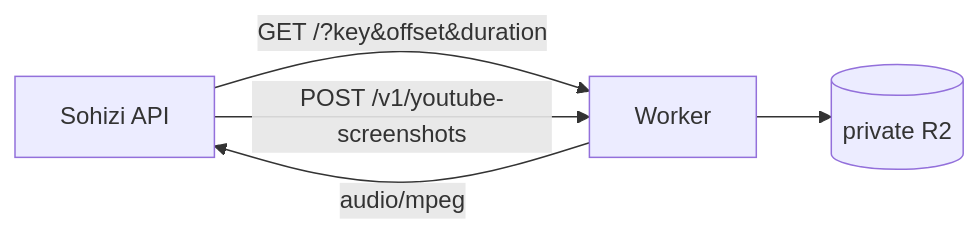
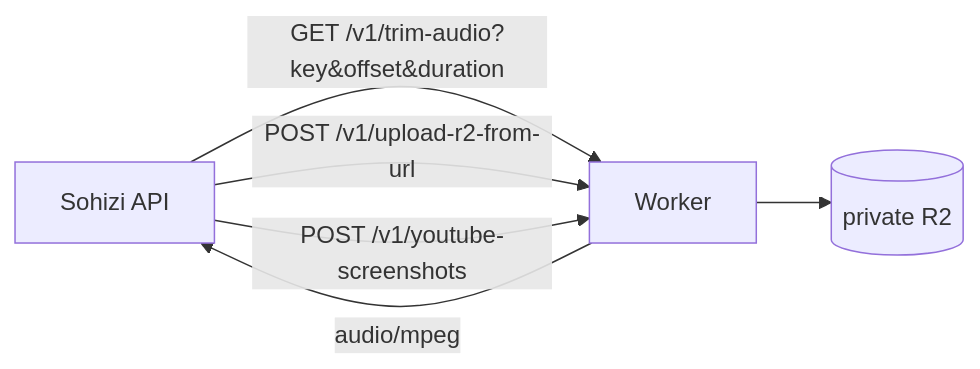
Before and after one commit to sohizi-entreprise/sohizi-ai-content: the diagram in apps/cloudflare/README.md, drawn with Mermaid. The commit also changed other lines of this file and 21 other files, not shown here.

````diff
--- a/apps/cloudflare/README.md
+++ b/apps/cloudflare/README.md
@@ -5,7 +5,8 @@
 ```mermaid
 flowchart LR
-  Api[Sohizi API] -->|"GET /?key&offset&duration"| Worker[Worker]
+  Api[Sohizi API] -->|"GET /v1/trim-audio?key&offset&duration"| Worker[Worker]
+  Api -->|"POST /v1/upload-r2-from-url"| Worker
   Api -->|"POST /v1/youtube-screenshots"| Worker
   Worker --> R2[(private R2)]
   Worker -->|"audio/mpeg"| Api
 ```
````
